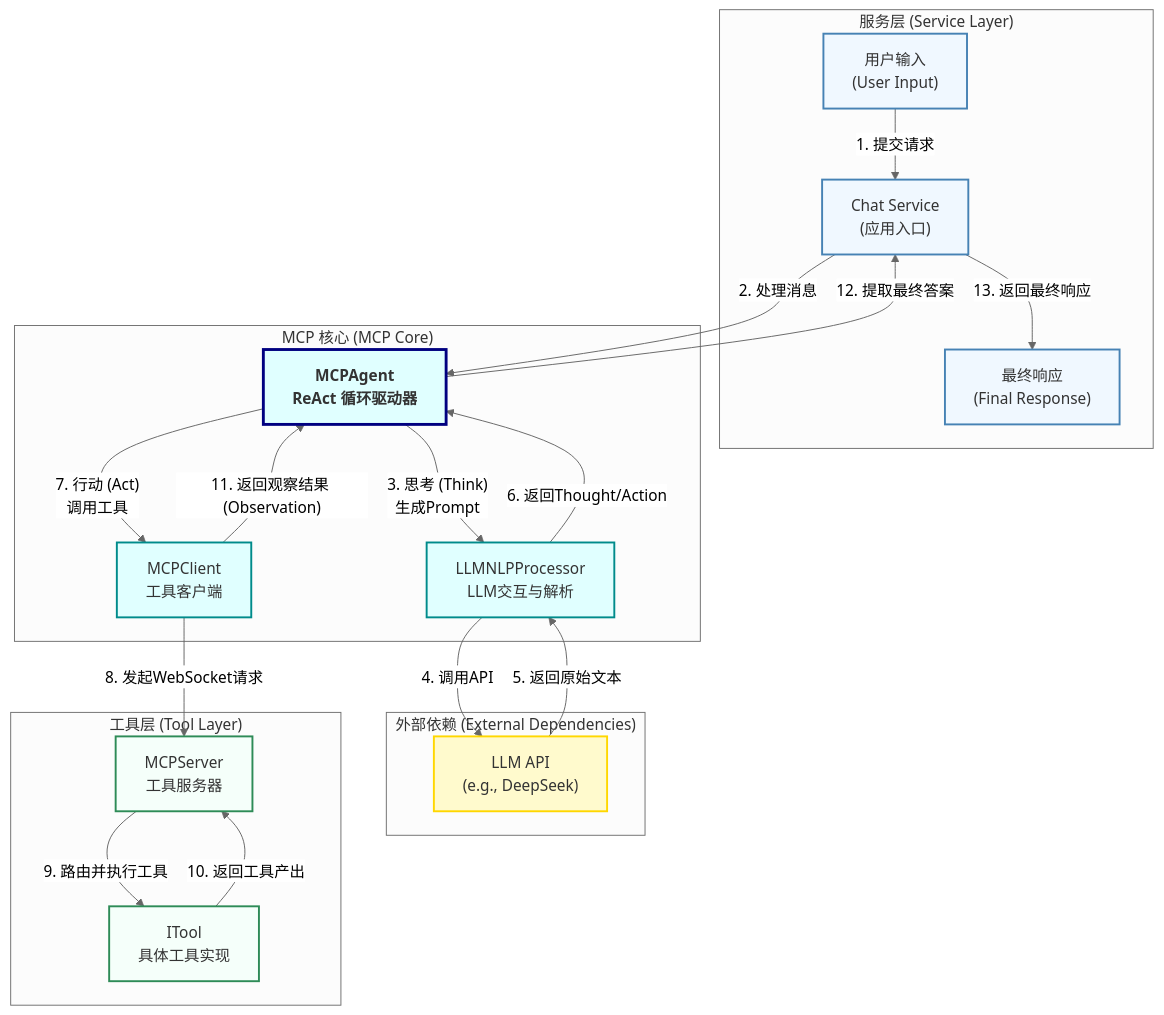
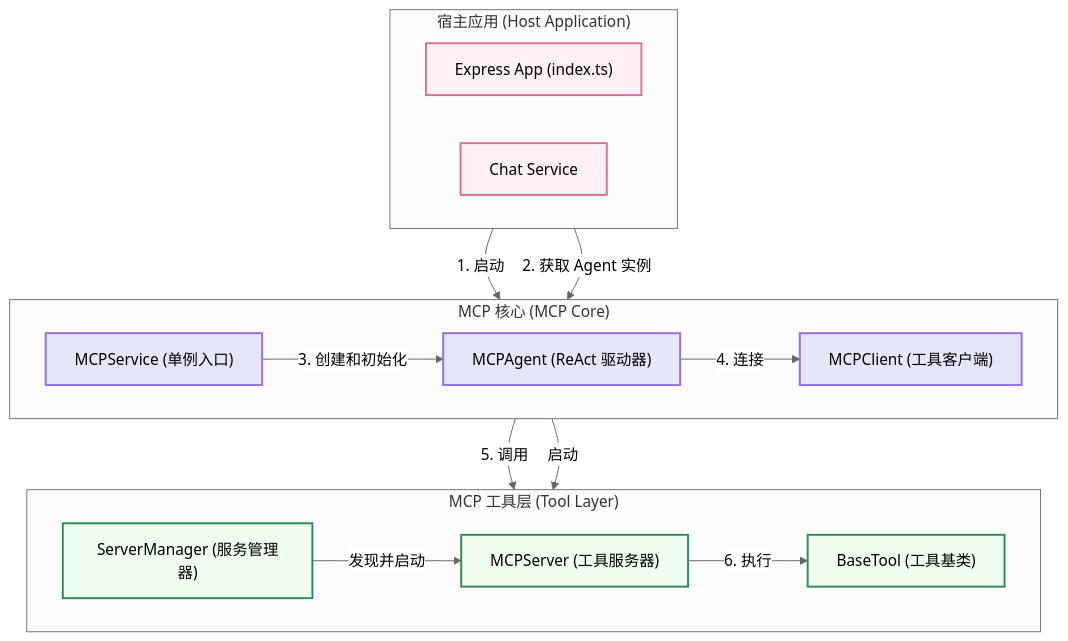
Before and after one commit to seemrcola/bot-server: the diagram in src/mcp/README.md, drawn with Mermaid (neutral theme). The commit also changed other lines of this file and 33 other files, not shown here.

````diff
--- a/src/mcp/README.md
+++ b/src/mcp/README.md
@@ -18,48 +16,39 @@
 ```mermaid
 graph TD;
-    %% ==================== Style Definitions ====================
-    classDef serviceLayer fill:#f0f8ff,stroke:#4682b4,stroke-width:2px,color:#333;
-    classDef coreLayer fill:#e0ffff,stroke:#008b8b,stroke-width:2px,color:#333;
-    classDef toolLayer fill:#f5fffa,stroke:#2e8b57,stroke-width:2px,color:#333;
-    classDef externalLayer fill:#fffacd,stroke:#ffd700,stroke-width:2px,color:#333;
-    classDef agentNode style fill:#add8e6,stroke:#000080,stroke-width:3px,font-weight:bold;
-    
-    %% ==================== 1. 服务层 (Service Layer) ====================
-    subgraph "服务层 (Service Layer)"
-        UserInput["用户输入<br/>(User Input)"] -- "1. 提交请求" --> ChatService["Chat Service<br/>(应用入口)"]
-        ChatService -- "13. 返回最终响应" --> FinalResponse["最终响应<br/>(Final Response)"]
+    subgraph "宿主应用 (Host Application)"
+        direction LR
+        App["Express App (index.ts)"]
+        ChatService["Chat Service"]
     end
 
-    %% ==================== 2. MCP 核心 (MCP Core - Agent's Brain) ====================
     subgraph "MCP 核心 (MCP Core)"
-        ChatService -- "2. 处理消息" --> MCPAgent["MCPAgent<br/>ReAct 循环驱动器"]
-        
-        MCPAgent -- "3. 思考 (Think)<br/>生成Prompt" --> LLMProcessor["LLMNLPProcessor<br/>LLM交互与解析"]
-        LLMProcessor -- "6. 返回Thought/Action" --> MCPAgent
-
-        MCPAgent -- "7. 行动 (Act)<br/>调用工具" --> MCPClient["MCPClient<br/>工具客户端"]
-        MCPClient -- "11. 返回观察结果 (Observation)" --> MCPAgent
-        
-        MCPAgent -- "12. 提取最终答案" --> ChatService
+        direction LR
+        MCPService["MCPService (单例入口)"]
+        MCPAgent["MCPAgent (ReAct 驱动器)"]
+        MCPClient["MCPClient (工具客户端)"]
     end
     
-    %% ==================== 3. 外部依赖 (External Dependencies) ====================
-    subgraph "外部依赖 (External Dependencies)"
-        LLMProcessor -- "4. 调用API" --> LLM_API["LLM API<br/>(e.g., DeepSeek)"]
-        LLM_API -- "5. 返回原始文本" --> LLMProcessor
+    subgraph "MCP 工具层 (Tool Layer)"
+        direction LR
+        ServerManager["ServerManager (服务管理器)"]
+        MCPServer["MCPServer (工具服务器)"]
+        BaseTool["BaseTool (工具基类)"]
     end
 
-    %% ==================== 4. 工具层 (Tool Layer - Agent's Toolbox) ====================
-    subgraph "工具层 (Tool Layer)"
-        MCPClient -- "8. 发起WebSocket请求" --> MCPServer["MCPServer<br/>工具服务器"]
-        MCPServer -- "9. 路由并执行工具" --> ITool["ITool<br/>具体工具实现"]
-        ITool -- "10. 返回工具产出" --> MCPServer
-    end
+    App -- "1. 启动" --> MCPService
+    ChatService -- "2. 获取 Agent 实例" --> MCPService
+    MCPService -- "3. 创建和初始化" --> MCPAgent
+    MCPAgent -- "4. 连接" --> MCPClient
+    MCPClient -- "5. 调用" --> MCPServer
+    MCPServer -- "6. 执行" --> BaseTool
+    MCPService -- "启动" --> ServerManager
+    ServerManager -- "发现并启动" --> MCPServer
+    
+    classDef host fill:#FFF0F5,stroke:#DB7093,stroke-width:2px;
+    classDef core fill:#E6E6FA,stroke:#9370DB,stroke-width:2px;
+    classDef tool fill:#F0FFF0,stroke:#2E8B57,stroke-width:2px;
 
-    %% ==================== Assign Styles to Nodes ====================
-    class UserInput,ChatService,FinalResponse serviceLayer;
-    class MCPAgent,LLMProcessor,MCPClient coreLayer;
-    class MCPAgent agentNode;
-    class MCPServer,ITool toolLayer;
-    class LLM_API externalLayer;
+    class App,ChatService host;
+    class MCPService,MCPAgent,MCPClient core;
+    class ServerManager,MCPServer,BaseTool tool;
 ```
````
